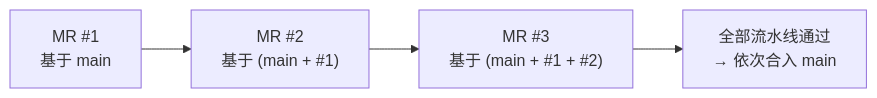
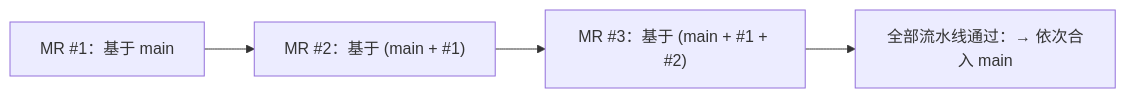
One commit to zerioo1970/summary changed the eighth of 22 diagrams in GitLab-完整使用指南.md. Above: the diagram before and after it, drawn with Mermaid. The commit also changed other lines of this file, not shown here.

Commit message:
docs: 提升 Mermaid 兼容性（flowchart→graph, <br/>→单行），适配旧版渲染器

````diff
--- a/GitLab-完整使用指南.md
+++ b/GitLab-完整使用指南.md
@@ -1132,6 +1132,6 @@
 ```mermaid
-flowchart LR
-    A["MR #1<br/>基于 main"] --> B["MR #2<br/>基于 (main + #1)"]
-    B --> C["MR #3<br/>基于 (main + #1 + #2)"]
-    C --> D["全部流水线通过<br/>→ 依次合入 main"]
+graph LR
+    A["MR #1：基于 main"] --> B["MR #2：基于 (main + #1)"]
+    B --> C["MR #3：基于 (main + #1 + #2)"]
+    C --> D["全部流水线通过：→ 依次合入 main"]
 ```
````
